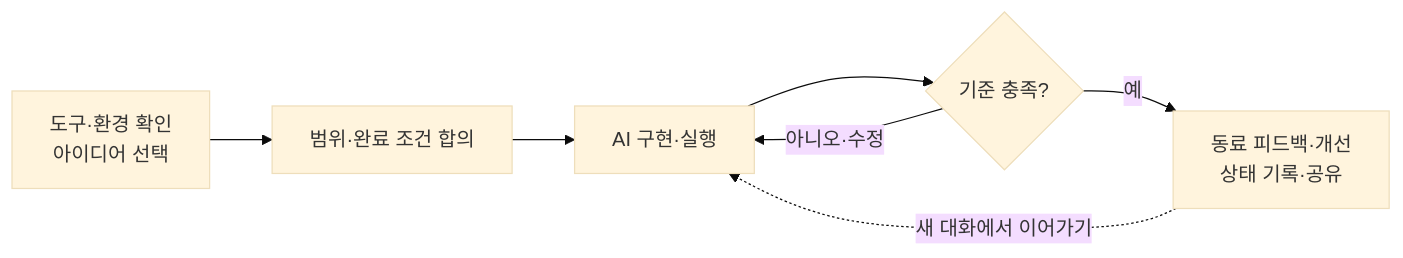
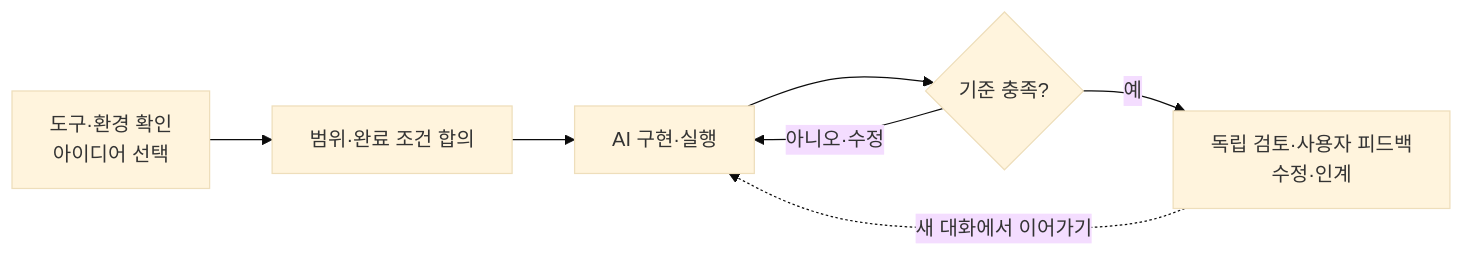
The diagram in README.md (SookBongnaver/MS_WS_Vibecoding), drawn with Mermaid (base theme) before and after one commit. The commit also changed other lines of this file and 8 other files, not shown here.

````diff
--- a/README.md
+++ b/README.md
@@ -5,9 +5,9 @@
 ```mermaid
 flowchart LR
     A["도구·환경 확인<br/>아이디어 선택"] --> B["범위·완료 조건 합의"]
     B --> C["AI 구현·실행"]
     C --> D{"기준 충족?"}
     D -->|아니오·수정| C
-    D -->|예| E["동료 피드백·개선<br/>상태 기록·공유"]
+    D -->|예| E["독립 검토·사용자 피드백<br/>수정·인계"]
     E -.->|새 대화에서 이어가기| C
 ```
````
